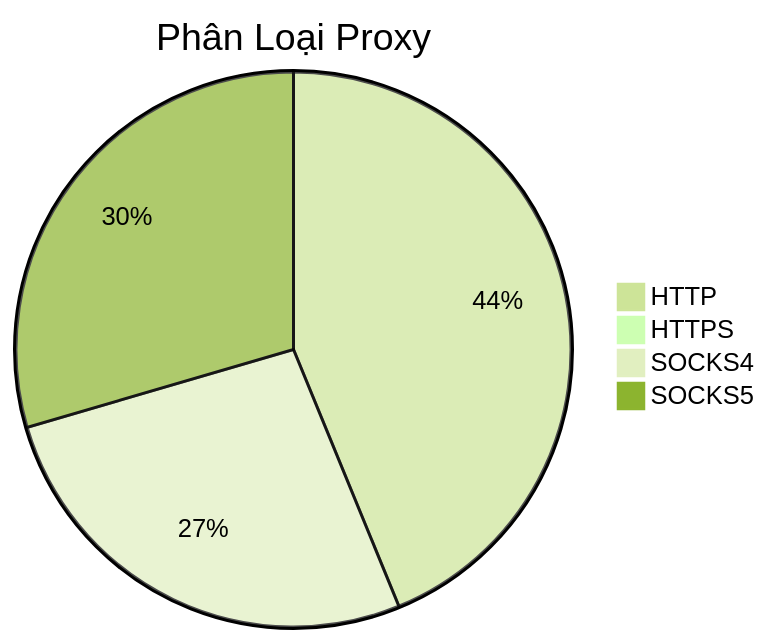
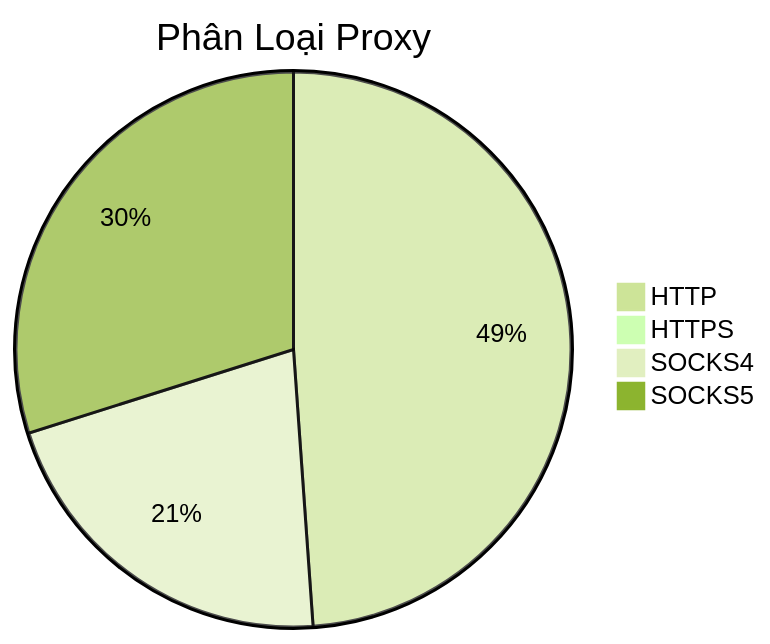
Before and after one commit to Ciara-12/PROXY-free: the diagram in README.md, drawn with Mermaid (forest theme). The commit also changed other lines of this file and 4 other files, not shown here.

````diff
--- a/README.md
+++ b/README.md
@@ -26,7 +26,7 @@
 ```mermaid
 pie title Phân Loại Proxy
-    "HTTP" : 537
-    "HTTPS" : 0
-    "SOCKS4" : 327
-    "SOCKS5" : 362
+    "HTTP" : 630
+    "HTTPS" : 1
+    "SOCKS4" : 274
+    "SOCKS5" : 385
 ```
````
